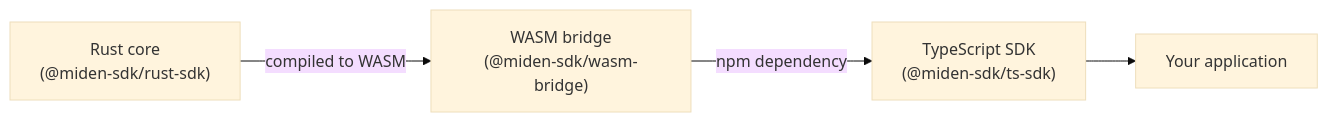
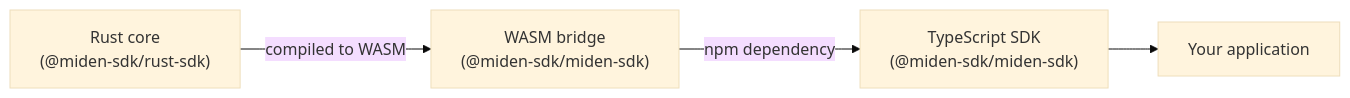
One commit to 0xMiden/miden-client changed the first of 4 diagrams in docs/external/src/web-client/design.md. Above: the diagram before and after it, drawn with Mermaid (base theme). The commit also changed 45 other files, not shown here.

````diff
--- a/docs/external/src/web-client/design.md
+++ b/docs/external/src/web-client/design.md
@@ -14,6 +14,6 @@
 ```mermaid
 flowchart LR
-    A["Rust core<br/>(@miden-sdk/rust-sdk)"] -->|"compiled to WASM"| B["WASM bridge<br/>(@miden-sdk/wasm-bridge)"]
-    B -->|"npm dependency"| C["TypeScript SDK<br/>(@miden-sdk/ts-sdk)"]
+    A["Rust core<br/>(@miden-sdk/rust-sdk)"] -->|"compiled to WASM"| B["WASM bridge<br/>(@miden-sdk/miden-sdk)"]
+    B -->|"npm dependency"| C["TypeScript SDK<br/>(@miden-sdk/miden-sdk)"]
     C --> D["Your application"]
 ```
````
